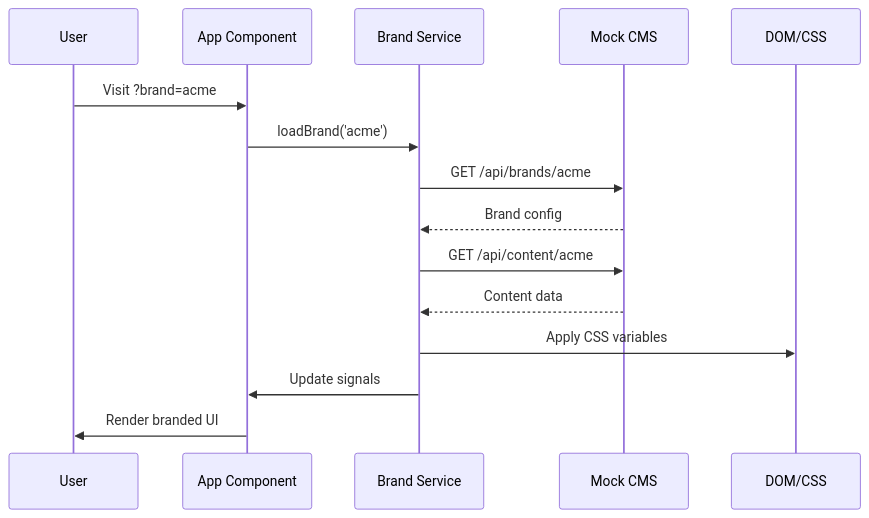
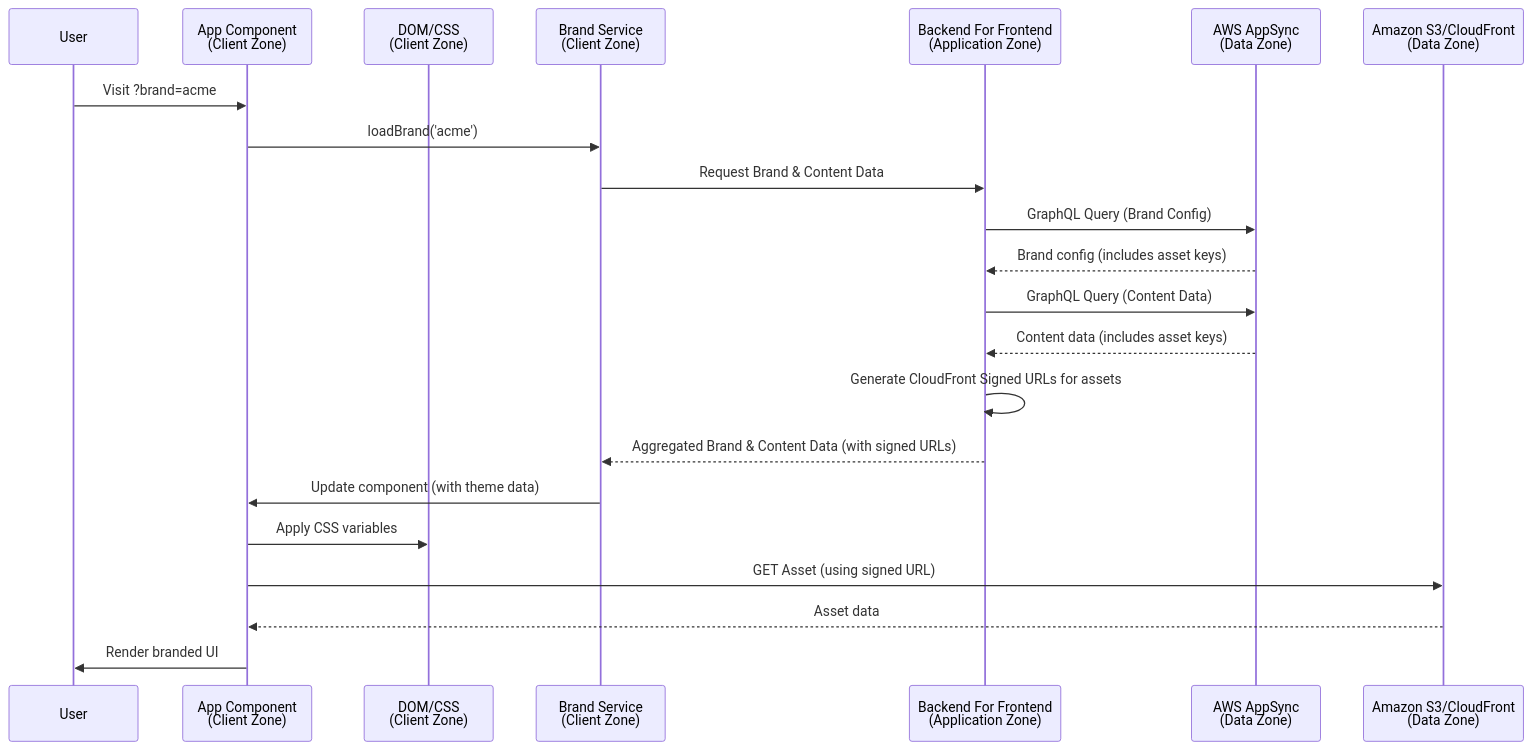
Before and after one commit to taji/ng-multi-brand: the second of 2 diagrams in architecture/architecture.md, drawn with Mermaid. The commit also changed other lines of this file and 3 other files, not shown here.

First line of the commit message:
feat: Refine architecture diagrams and update mock service to BFF

````diff
--- a/architecture/architecture.md
+++ b/architecture/architecture.md
@@ -35,18 +58,25 @@
 ```mermaid
 sequenceDiagram
     participant U as User
-    participant A as App Component
-    participant BS as Brand Service
-    participant CMS as Mock CMS
-    participant DOM as DOM/CSS
+    participant A as App Component<br>(Client Zone)
+    participant DOM as DOM/CSS<br>(Client Zone)
+    participant BS as Brand Service<br>(Client Zone)
+    participant BFF as Backend For Frontend<br>(Application Zone)
+    participant AS as AWS AppSync<br>(Data Zone)
+    participant S3CF as Amazon S3/CloudFront<br>(Data Zone)
     
     U->>A: Visit ?brand=acme
     A->>BS: loadBrand('acme')
-    BS->>CMS: GET /api/brands/acme
-    CMS-->>BS: Brand config
-    BS->>CMS: GET /api/content/acme
-    CMS-->>BS: Content data
-    BS->>DOM: Apply CSS variables
-    BS->>A: Update signals
+    BS->>BFF: Request Brand & Content Data
+    BFF->>AS: GraphQL Query (Brand Config)
+    AS-->>BFF: Brand config (includes asset keys)
+    BFF->>AS: GraphQL Query (Content Data)
+    AS-->>BFF: Content data (includes asset keys)
+    BFF->>BFF: Generate CloudFront Signed URLs for assets
+    BFF-->>BS: Aggregated Brand & Content Data (with signed URLs)
+    BS->>A: Update component (with theme data)
+    A->>DOM: Apply CSS variables
+    A->>S3CF: GET Asset (using signed URL)
+    S3CF-->>A: Asset data
     A->>U: Render branded UI
 ```
````
